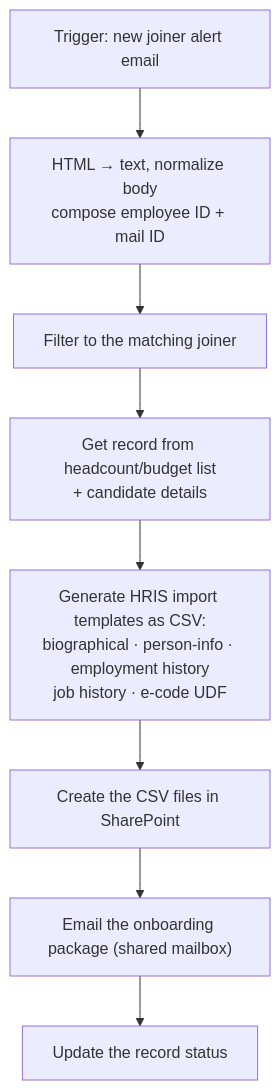
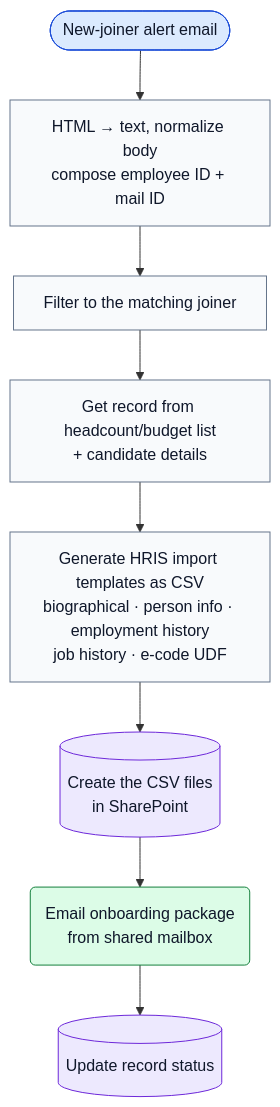
Before and after one commit to siddhantsingh2861/enterprise-HRMS-power-platform: the diagram in docs/diagrams/mail-id-onboarding.mmd, drawn with Mermaid.

```diff
--- a/docs/diagrams/mail-id-onboarding.mmd
+++ b/docs/diagrams/mail-id-onboarding.mmd
@@ -1,8 +1,16 @@
 flowchart TD
-    T["Trigger: new joiner alert email"] --> P["HTML &rarr; text, normalize body<br/>compose employee ID + mail ID"]
-    P --> F["Filter to the matching joiner"]
-    F --> G["Get record from headcount/budget list<br/>+ candidate details"]
-    G --> GEN["Generate HRIS import templates as CSV:<br/>biographical · person-info · employment history<br/>job history · e-code UDF"]
-    GEN --> CF["Create the CSV files in SharePoint"]
-    CF --> M["Email the onboarding package (shared mailbox)"]
-    M --> U["Update the record status"]
+    T(["New-joiner alert email"]):::trigger --> P["HTML → text, normalize body<br/>compose employee ID + mail ID"]:::action
+    P --> F["Filter to the matching joiner"]:::action
+    F --> G["Get record from headcount/budget list<br/>+ candidate details"]:::action
+    G --> CSV["Generate HRIS import templates as CSV<br/>biographical · person info · employment history<br/>job history · e-code UDF"]:::action
+    CSV --> CF[("Create the CSV files<br/>in SharePoint")]:::data
+    CF --> M("Email onboarding package<br/>from shared mailbox"):::notify
+    M --> U[("Update record status")]:::data
+
+
+    classDef trigger fill:#dbeafe,stroke:#1d4ed8,color:#0f172a
+    classDef decision fill:#fef3c7,stroke:#b45309,color:#0f172a
+    classDef action fill:#f8fafc,stroke:#64748b,color:#0f172a
+    classDef data fill:#ede9fe,stroke:#6d28d9,color:#0f172a
+    classDef notify fill:#dcfce7,stroke:#15803d,color:#0f172a
+    classDef noop fill:#ffffff,stroke:#94a3b8,stroke-dasharray:4 3,color:#64748b
```
